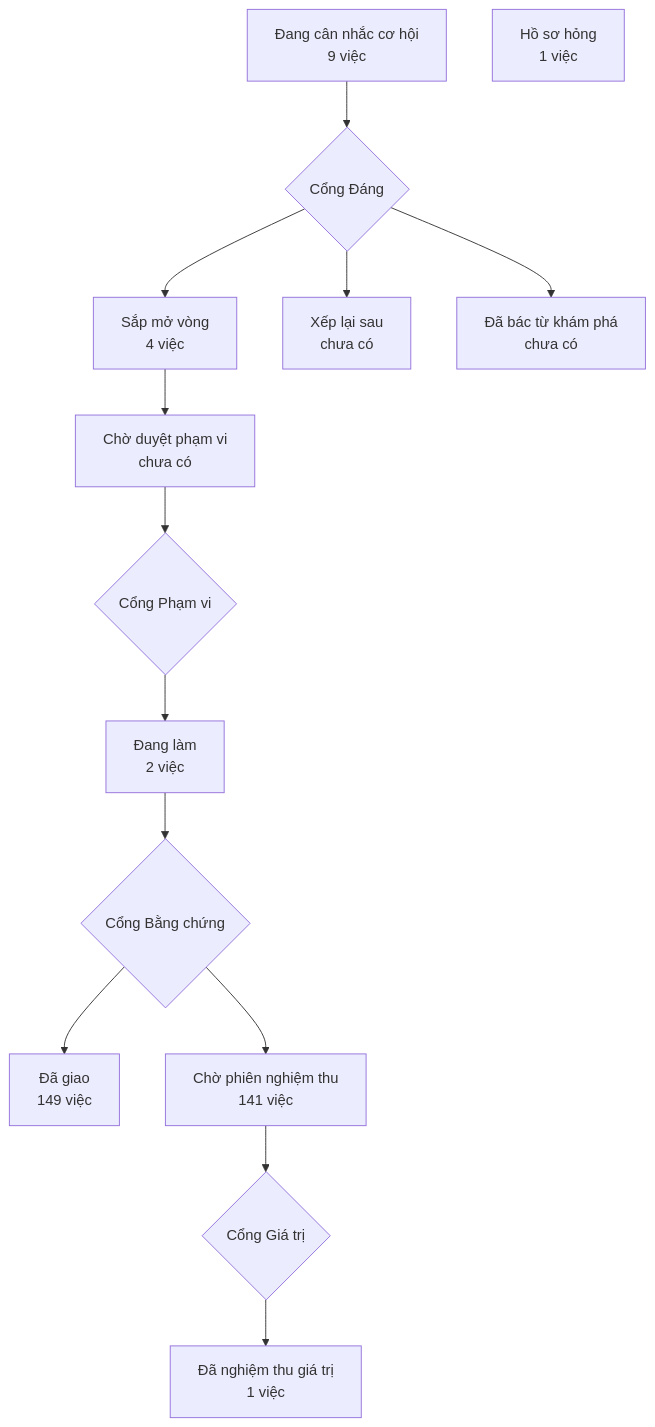
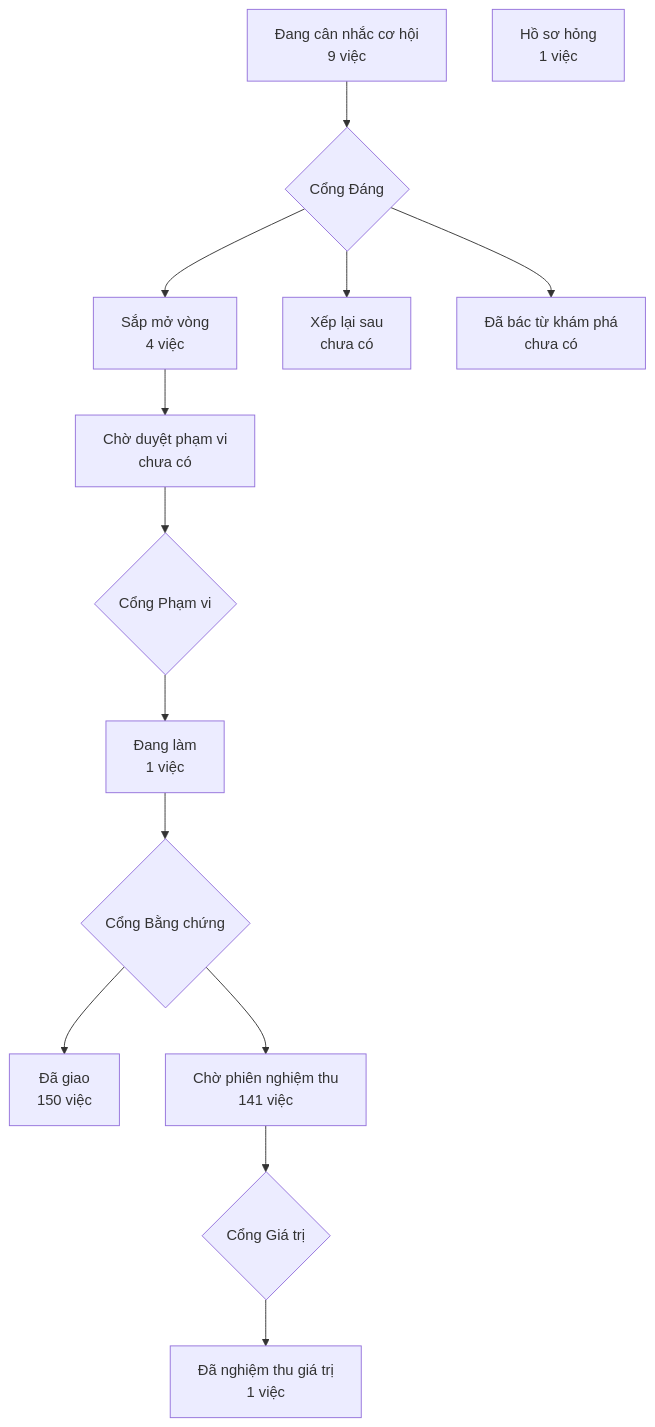
One commit to phanlemanh/crm-onehub changed the diagram in PRODUCT-MAP.md. Above: the diagram before and after it, drawn with Mermaid. The commit also changed other lines of this file and 4 other files, not shown here.

````diff
--- a/PRODUCT-MAP.md
+++ b/PRODUCT-MAP.md
@@ -7,13 +7,13 @@
 ```mermaid
 flowchart TD
   A["Đang cân nhắc cơ hội<br/>9 việc"] --> GD{"Cổng Đáng"}
   GD --> B["Sắp mở vòng<br/>4 việc"]
   GD --> XL["Xếp lại sau<br/>chưa có"]
   GD --> DB["Đã bác từ khám phá<br/>chưa có"]
   B --> CD["Chờ duyệt phạm vi<br/>chưa có"] --> GP{"Cổng Phạm vi"}
-  GP --> DL["Đang làm<br/>2 việc"] --> GB{"Cổng Bằng chứng"}
-  GB --> DG["Đã giao<br/>149 việc"]
+  GP --> DL["Đang làm<br/>1 việc"] --> GB{"Cổng Bằng chứng"}
+  GB --> DG["Đã giao<br/>150 việc"]
   GB --> CN["Chờ phiên nghiệm thu<br/>141 việc"] --> GG{"Cổng Giá trị"}
   GG --> NT["Đã nghiệm thu giá trị<br/>1 việc"]
   HS["Hồ sơ hỏng<br/>1 việc"]
 ```
````
